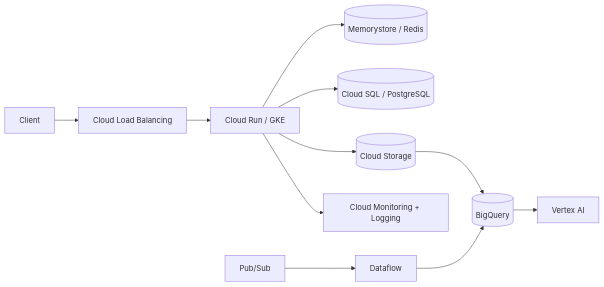
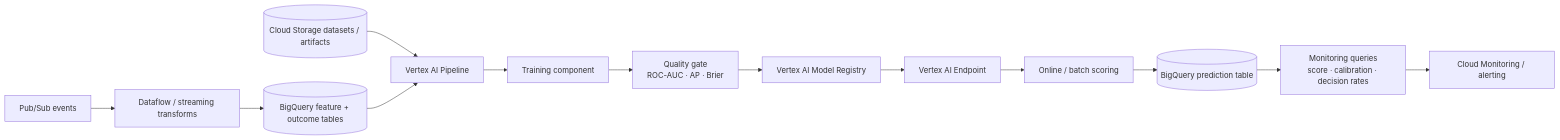
The diagram in README.md (cagataykavas/gcp-ml-platform), drawn with Mermaid before and after one commit. The commit also changed other lines of this file, not shown here.

Commit message:
docs: expand GCP ML platform with Vertex banking workflow

````diff
--- a/README.md
+++ b/README.md
@@ -5,13 +9,15 @@
 ```mermaid
 flowchart LR
-    U[Client] --> LB[Cloud Load Balancing]
-    LB --> RUN[Cloud Run / GKE]
-    RUN --> MEM[(Memorystore / Redis)]
-    RUN --> SQL[(Cloud SQL / PostgreSQL)]
-    RUN --> GCS[(Cloud Storage)]
-    GCS --> BQ[(BigQuery)]
-    BQ --> VAI[Vertex AI]
-    RUN --> MON[Cloud Monitoring + Logging]
-    PUB[Pub/Sub] --> DF[Dataflow]
-    DF --> BQ
+    PUB[Pub/Sub events] --> DF[Dataflow / streaming transforms]
+    DF --> BQ[(BigQuery feature + outcome tables)]
+    GCS[(Cloud Storage datasets / artifacts)] --> VPIPE[Vertex AI Pipeline]
+    BQ --> VPIPE
+    VPIPE --> TRAIN[Training component]
+    TRAIN --> GATE[Quality gate\nROC-AUC · AP · Brier]
+    GATE --> REG[Vertex AI Model Registry]
+    REG --> ENDPOINT[Vertex AI Endpoint]
+    ENDPOINT --> SCORE[Online / batch scoring]
+    SCORE --> BQOUT[(BigQuery prediction table)]
+    BQOUT --> MON[Monitoring queries\nscore · calibration · decision rates]
+    MON --> OPS[Cloud Monitoring / alerting]
 ```
````
